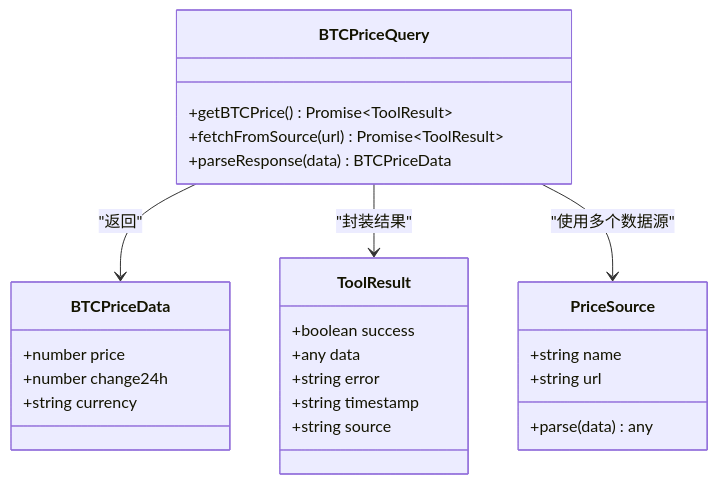
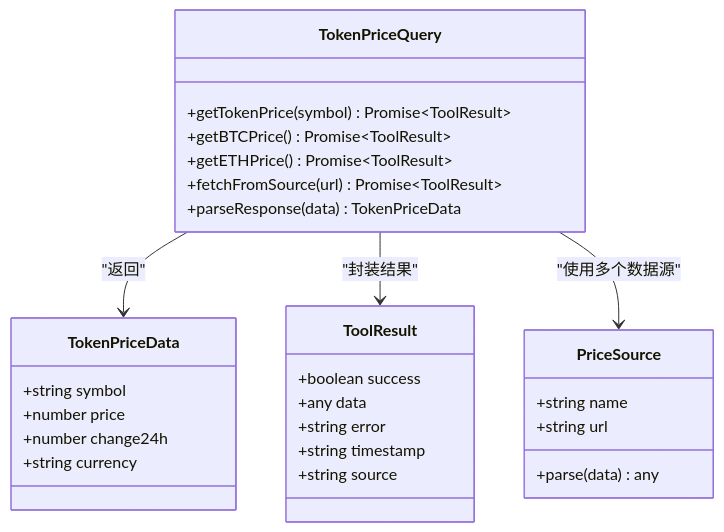
The third of 12 diagrams in .qoder/repowiki/zh/content/Web3工具集成/核心Web3工具实现/BTC价格查询工具.md (CryptoLinxu/Web3-AI-Agent), drawn with Mermaid before and after one commit. The commit also changed other lines of this file and 9 other files, not shown here.

````diff
--- a/.qoder/repowiki/zh/content/Web3工具集成/核心Web3工具实现/BTC价格查询工具.md
+++ b/.qoder/repowiki/zh/content/Web3工具集成/核心Web3工具实现/BTC价格查询工具.md
@@ -162,28 +178,31 @@
 ```mermaid
 classDiagram
-class BTCPriceData {
+class TokenPriceData {
++string symbol
 +number price
 +number change24h
 +string currency
 }
 class ToolResult {
 +boolean success
 +any data
 +string error
 +string timestamp
 +string source
 }
 class PriceSource {
 +string name
 +string url
 +parse(data) any
 }
-class BTCPriceQuery {
+class TokenPriceQuery {
++getTokenPrice(symbol) Promise~ToolResult~
 +getBTCPrice() Promise~ToolResult~
++getETHPrice() Promise~ToolResult~
 +fetchFromSource(url) Promise~ToolResult~
-+parseResponse(data) BTCPriceData
++parseResponse(data) TokenPriceData
 }
-BTCPriceQuery --> BTCPriceData : "返回"
-BTCPriceQuery --> ToolResult : "封装结果"
-BTCPriceQuery --> PriceSource : "使用多个数据源"
+TokenPriceQuery --> TokenPriceData : "返回"
+TokenPriceQuery --> ToolResult : "封装结果"
+TokenPriceQuery --> PriceSource : "使用多个数据源"
 ```
````
